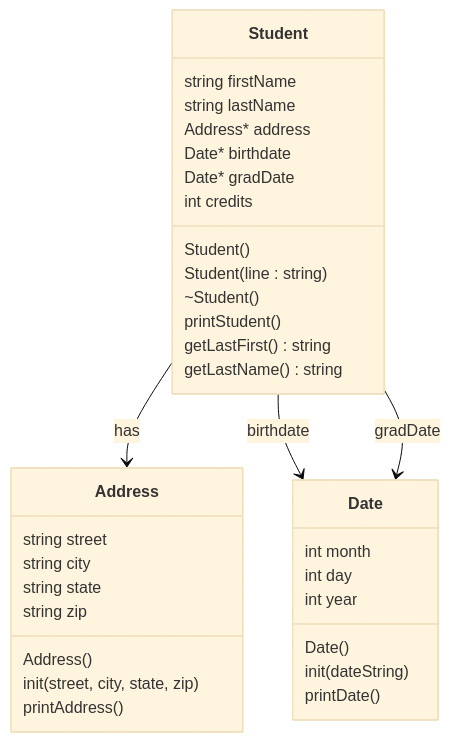
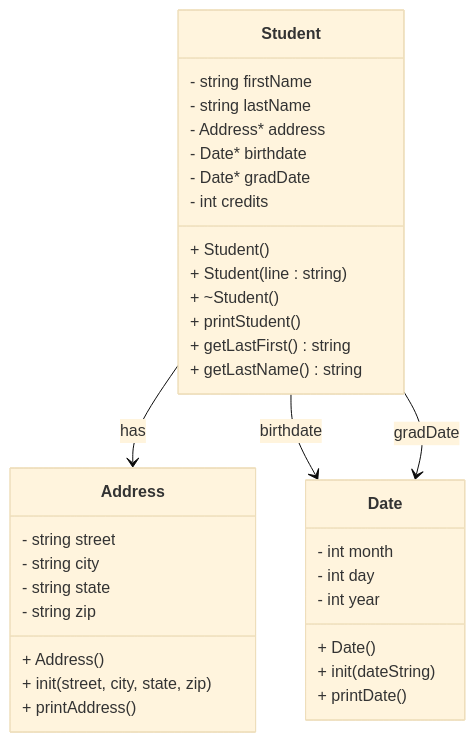
One commit to JosephK100/Heap-of-Students-Part-1 changed the diagram in README.md. Above: the diagram before and after it, drawn with Mermaid (base theme). The commit also changed 1 other file, not shown here.

Commit message:
Readme changes and main inital changes

````diff
--- a/README.md
+++ b/README.md
@@ -3,38 +3,40 @@
 ```mermaid
 classDiagram
     class Address {
-        string street
-        string city
-        string state
-        string zip
-        Address()
-        init(street, city, state, zip)
-        printAddress()
+        - string street
+        - string city
+        - string state
+        - string zip
+        + Address()
+        + init(street, city, state, zip)
+        + printAddress()
     }
+
     class Date {
-        int month
-        int day
-        int year
-        Date()
-        init(dateString)
-        printDate()
+        - int month
+        - int day
+        - int year
+        + Date()
+        + init(dateString)
+        + printDate()
     }
+
     class Student {
-        string firstName
-        string lastName
-        Address* address
-        Date* birthdate
-        Date* gradDate
-        int credits
-        Student()
-        Student(line : string)
-        ~Student()
-        printStudent()
-        getLastFirst() string
-        getLastName() string
+        - string firstName
+        - string lastName
+        - Address* address
+        - Date* birthdate
+        - Date* gradDate
+        - int credits
+        + Student()
+        + Student(line : string)
+        + ~Student()
+        + printStudent()
+        + getLastFirst() string
+        + getLastName() string
     }
-    %% Relationships
+
     Student --> Address : has
     Student --> Date : birthdate
     Student --> Date : gradDate
 ```
````
